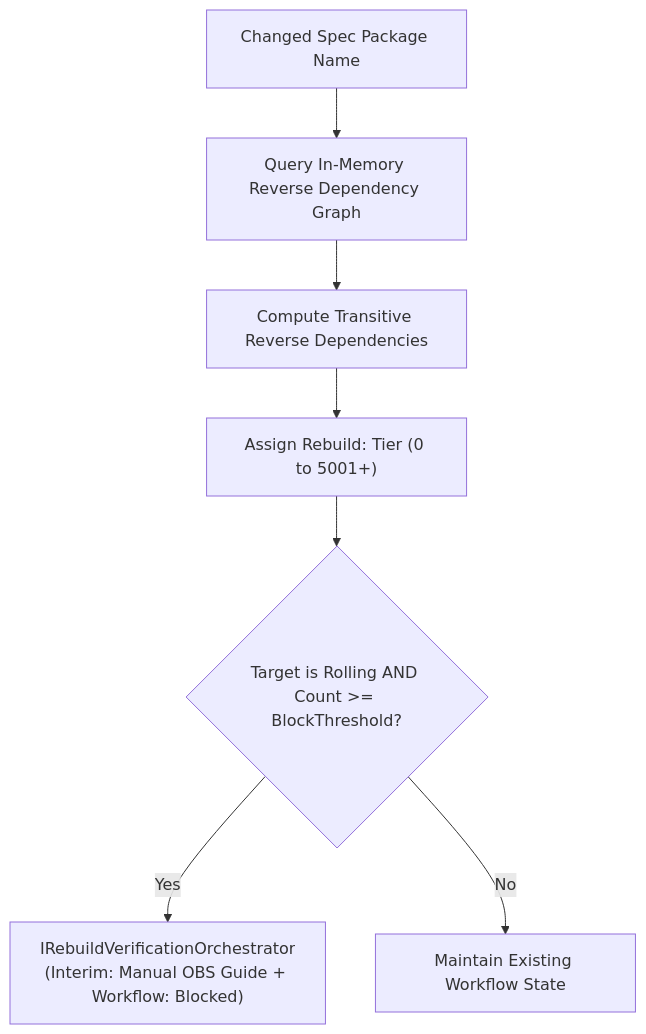
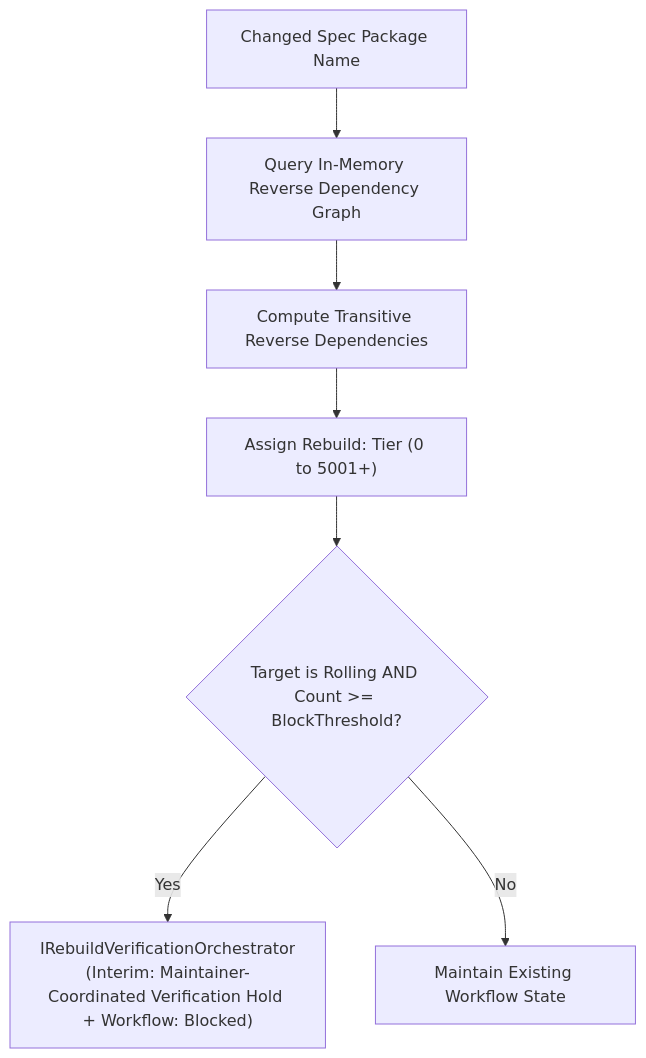
The diagram in docs/modules/rebuild-impact.md (SteveZMTstudios/abaci-bot), drawn with Mermaid before and after one commit. The commit also changed other lines of this file and 65 other files, not shown here.

````diff
--- a/docs/modules/rebuild-impact.md
+++ b/docs/modules/rebuild-impact.md
@@ -18,9 +18,9 @@
 ```mermaid
 flowchart TD
     Spec["Changed Spec Package Name"] --> Repodata["Query In-Memory Reverse Dependency Graph"]
     Repodata --> Calc["Compute Transitive Reverse Dependencies"]
     Calc --> Tier["Assign Rebuild: Tier (0 to 5001+)"]
     Tier --> TargetCheck{"Target is Rolling AND Count >= BlockThreshold?"}
-    TargetCheck -- Yes --> Orchestrator["IRebuildVerificationOrchestrator<br>(Interim: Manual OBS Guide + Workflow: Blocked)"]
+    TargetCheck -- Yes --> Orchestrator["IRebuildVerificationOrchestrator<br>(Interim: Maintainer-Coordinated Verification Hold + Workflow: Blocked)"]
     TargetCheck -- No --> Pass["Maintain Existing Workflow State"]
 ```
````
